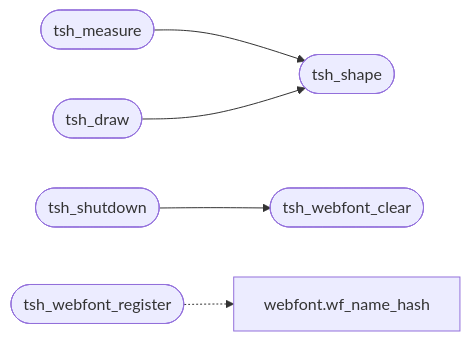
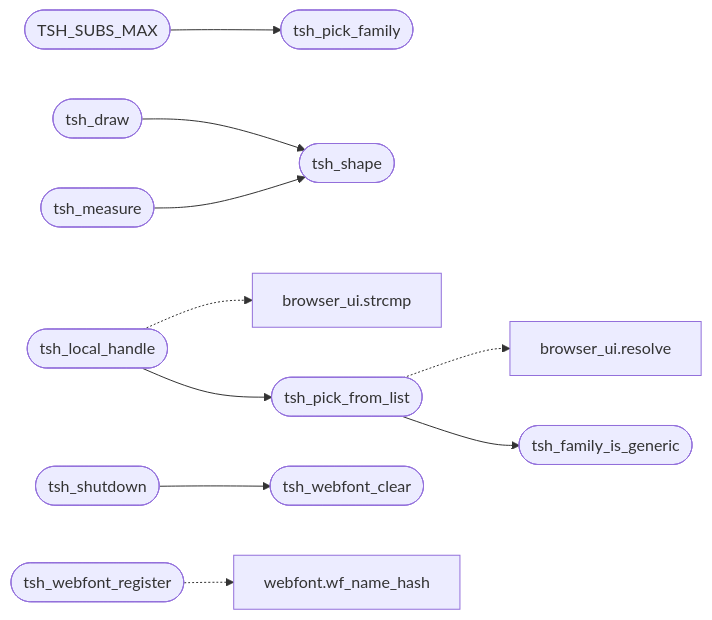
Before and after one commit to grisuno/FreeDom: the second of 2 diagrams in readmenator-apidocs/modules/src.text_shape.c.md, drawn with Mermaid. The commit also changed other lines of this file and 323 other files, not shown here.

````diff
--- a/readmenator-apidocs/modules/src.text_shape.c.md
+++ b/readmenator-apidocs/modules/src.text_shape.c.md
@@ -31,14 +37,26 @@
 ```mermaid
 flowchart LR
+    n_src_text_shape_c__tsh_pick_from_list(["tsh_pick_from_list"])
+    n_src_text_shape_c__tsh_family_is_generic(["tsh_family_is_generic"])
+    n_src_text_shape_c__TSH_SUBS_MAX(["TSH_SUBS_MAX"])
+    n_src_text_shape_c__tsh_pick_family(["tsh_pick_family"])
+    n_src_text_shape_c__tsh_local_handle(["tsh_local_handle"])
     n_src_text_shape_c__tsh_measure(["tsh_measure"])
     n_src_text_shape_c__tsh_shape(["tsh_shape"])
     n_src_text_shape_c__tsh_draw(["tsh_draw"])
     n_src_text_shape_c__tsh_shutdown(["tsh_shutdown"])
     n_src_text_shape_c__tsh_webfont_clear(["tsh_webfont_clear"])
     n_src_text_shape_c__tsh_webfont_register(["tsh_webfont_register"])
     n_include_webfont_h__wf_name_hash["webfont.wf_name_hash"]
+    n_gui_browser_ui_c__resolve["browser_ui.resolve"]
+    n_gui_browser_ui_c__strcmp["browser_ui.strcmp"]
+    n_src_text_shape_c__tsh_pick_from_list --> n_src_text_shape_c__tsh_family_is_generic
+    n_src_text_shape_c__TSH_SUBS_MAX --> n_src_text_shape_c__tsh_pick_family
+    n_src_text_shape_c__tsh_local_handle --> n_src_text_shape_c__tsh_pick_from_list
     n_src_text_shape_c__tsh_measure --> n_src_text_shape_c__tsh_shape
     n_src_text_shape_c__tsh_draw --> n_src_text_shape_c__tsh_shape
     n_src_text_shape_c__tsh_shutdown --> n_src_text_shape_c__tsh_webfont_clear
     n_src_text_shape_c__tsh_webfont_register -.-> n_include_webfont_h__wf_name_hash
+    n_src_text_shape_c__tsh_pick_from_list -.-> n_gui_browser_ui_c__resolve
+    n_src_text_shape_c__tsh_local_handle -.-> n_gui_browser_ui_c__strcmp
 ```
````
